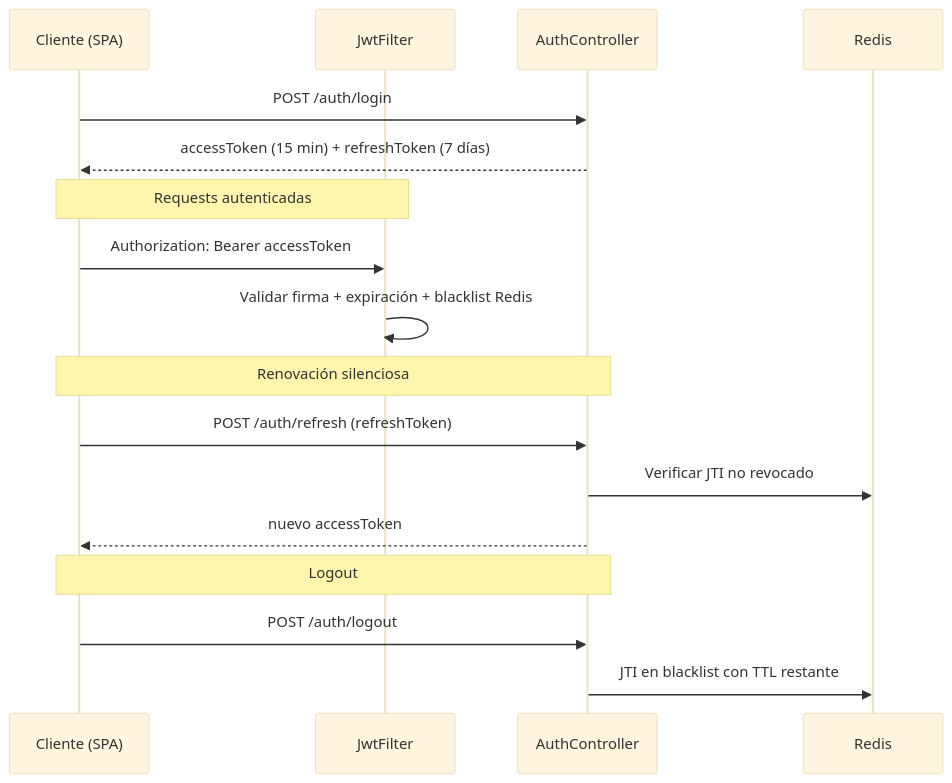
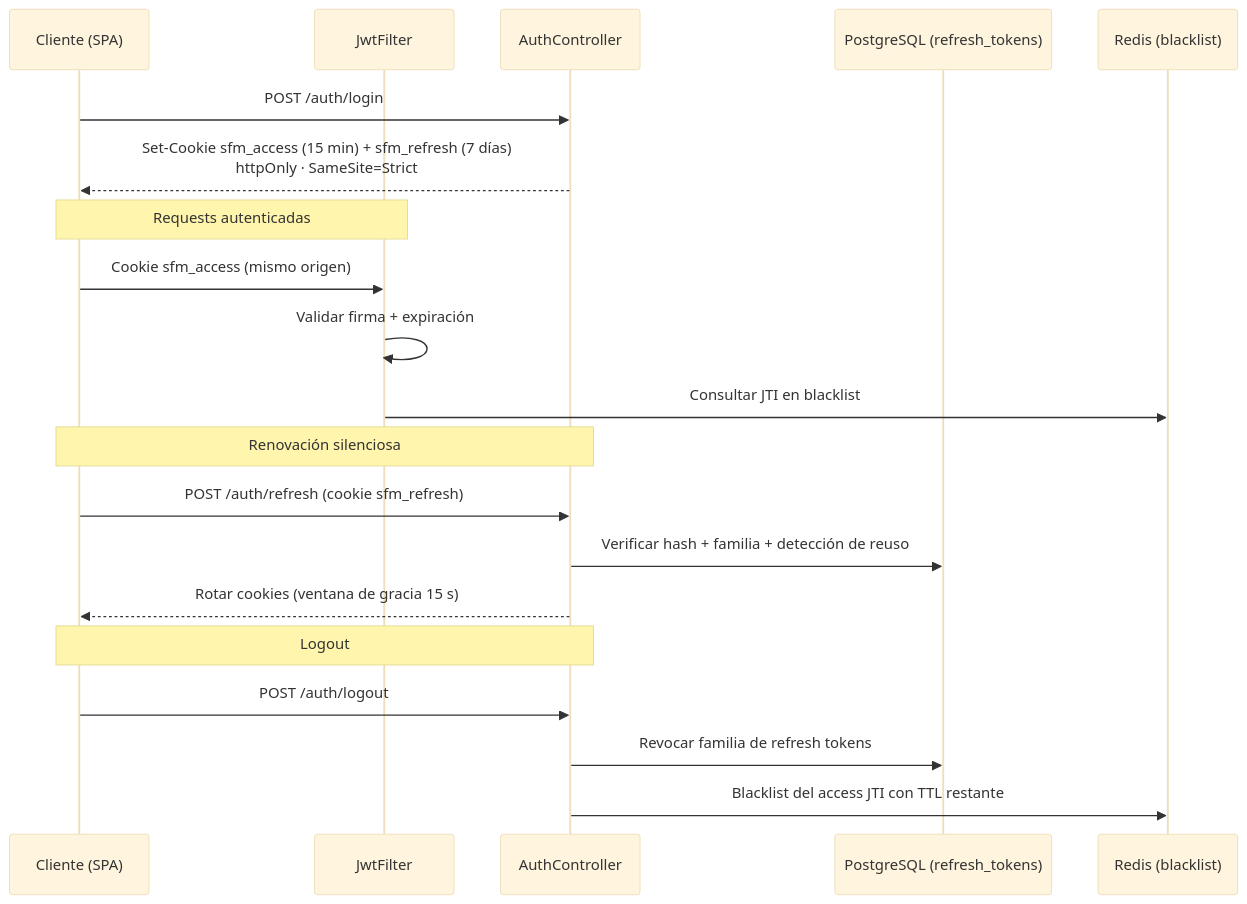
Before and after one commit to FepDev25/sistema-facturacion-medica-springboot-react-postgresql: the ninth of 10 diagrams in DIAGRAMAS.md, drawn with Mermaid (base theme). The commit also changed other lines of this file and 387 other files, not shown here.

````diff
--- a/DIAGRAMAS.md
+++ b/DIAGRAMAS.md
@@ -192,23 +192,26 @@
 ```mermaid
 sequenceDiagram
     participant C as Cliente (SPA)
     participant F as JwtFilter
     participant A as AuthController
-    participant R as Redis
+    participant P as PostgreSQL (refresh_tokens)
+    participant R as Redis (blacklist)
 
     C->>A: POST /auth/login
-    A-->>C: accessToken (15 min) + refreshToken (7 días)
+    A-->>C: Set-Cookie sfm_access (15 min) + sfm_refresh (7 días)<br/>httpOnly · SameSite=Strict
 
     Note over C,F: Requests autenticadas
-    C->>F: Authorization: Bearer accessToken
-    F->>F: Validar firma + expiración + blacklist Redis
+    C->>F: Cookie sfm_access (mismo origen)
+    F->>F: Validar firma + expiración
+    F->>R: Consultar JTI en blacklist
 
     Note over C,A: Renovación silenciosa
-    C->>A: POST /auth/refresh (refreshToken)
-    A->>R: Verificar JTI no revocado
-    A-->>C: nuevo accessToken
+    C->>A: POST /auth/refresh (cookie sfm_refresh)
+    A->>P: Verificar hash + familia + detección de reuso
+    A-->>C: Rotar cookies (ventana de gracia 15 s)
 
     Note over C,A: Logout
     C->>A: POST /auth/logout
-    A->>R: JTI en blacklist con TTL restante
+    A->>P: Revocar familia de refresh tokens
+    A->>R: Blacklist del access JTI con TTL restante
 ```
````
